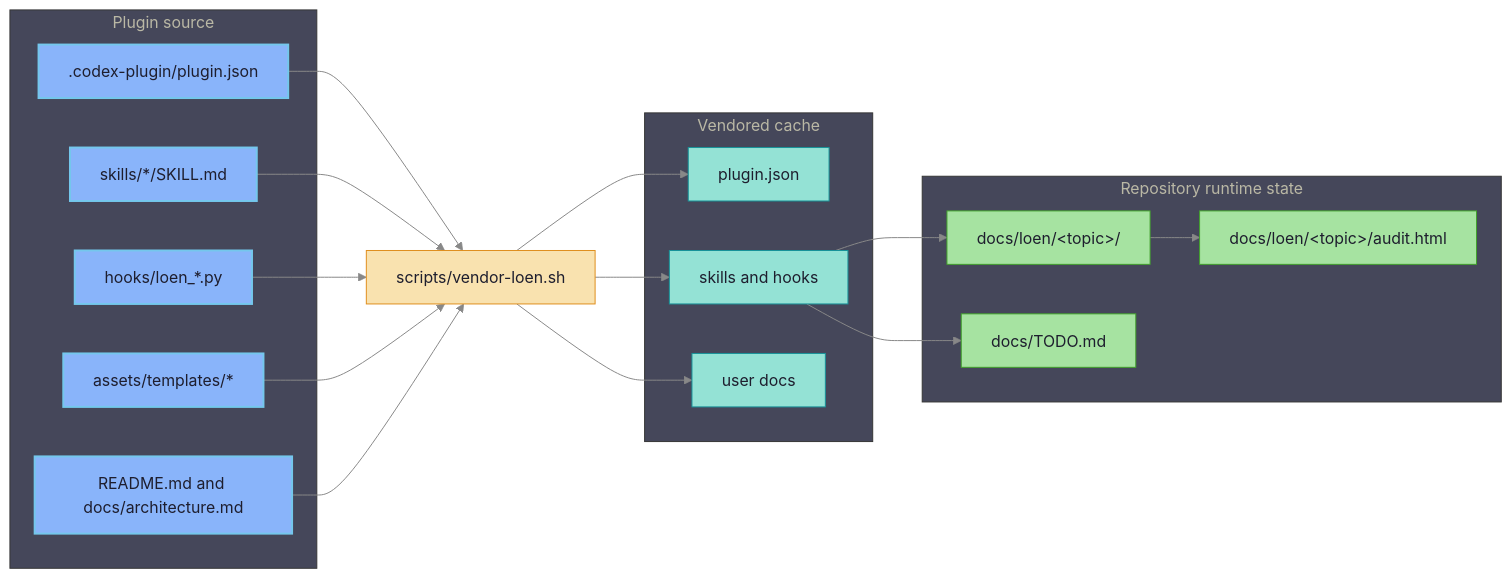
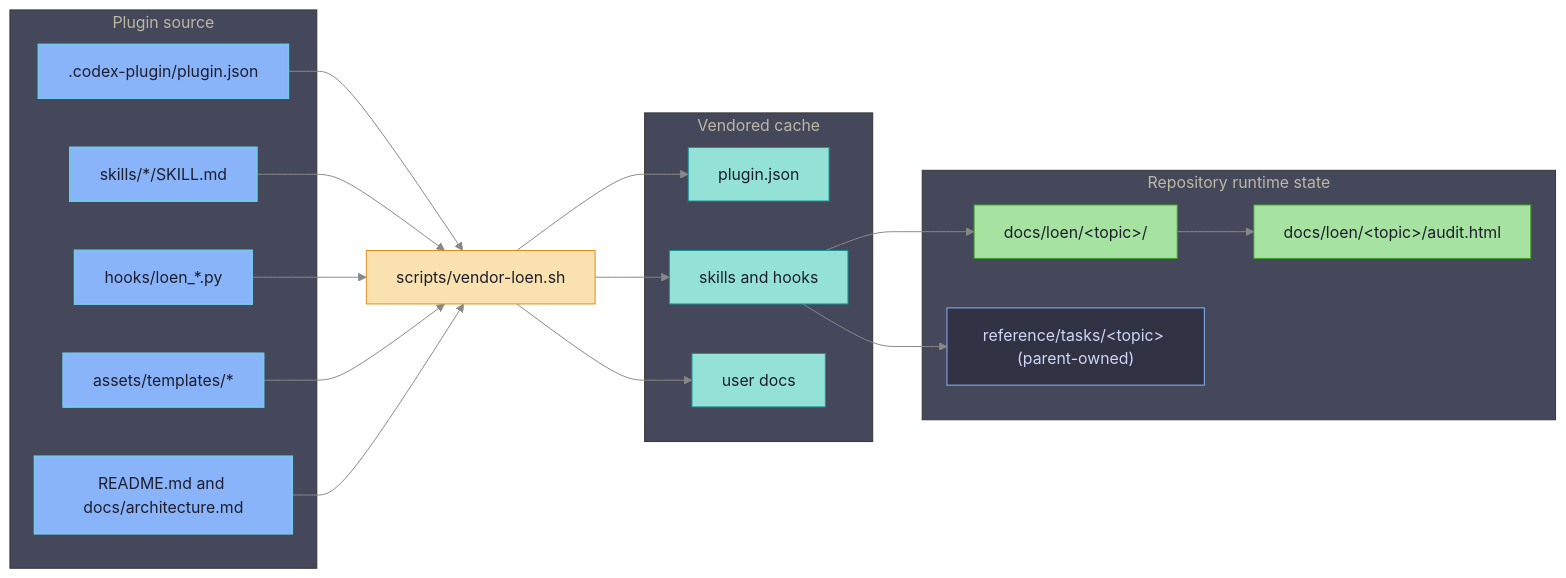
Before and after one commit to ikeniborn/icodex: the first of 3 diagrams in plugins/loen/docs/architecture.md, drawn with Mermaid. The commit also changed other lines of this file and 8 other files, not shown here.

````diff
--- a/plugins/loen/docs/architecture.md
+++ b/plugins/loen/docs/architecture.md
@@ -8,46 +8,46 @@
 ```mermaid
 %%{init: {'theme': 'base', 'themeVariables': {'background': '#1e1e2e', 'primaryColor': '#313244', 'primaryTextColor': '#cdd6f4', 'primaryBorderColor': '#89b4fa', 'lineColor': '#888888', 'secondaryColor': '#181825', 'tertiaryColor': '#45475a'}}}%%
 flowchart LR
     subgraph src["Plugin source"]
         Manifest[".codex-plugin/plugin.json"]
         Skills["skills/*/SKILL.md"]
         Hooks["hooks/loen_*.py"]
         Templates["assets/templates/*"]
         Docs["README.md and docs/architecture.md"]
     end
 
     Vendor["scripts/vendor-loen.sh"]
 
     subgraph cache["Vendored cache"]
         CacheManifest["plugin.json"]
         CacheSkills["skills and hooks"]
         CacheDocs["user docs"]
     end
 
     subgraph runtime["Repository runtime state"]
         Topic["docs/loen/&lt;topic&gt;/"]
         TopicAudit["docs/loen/&lt;topic&gt;/audit.html"]
-        Todo["docs/TODO.md"]
+        SharedTask["reference/tasks/&lt;topic&gt; (parent-owned)"]
     end
 
     Manifest --> Vendor
     Skills --> Vendor
     Hooks --> Vendor
     Templates --> Vendor
     Docs --> Vendor
     Vendor --> CacheManifest
     Vendor --> CacheSkills
     Vendor --> CacheDocs
     CacheSkills --> Topic
     Topic --> TopicAudit
-    CacheSkills --> Todo
+    CacheSkills --> SharedTask
 
     classDef source fill:#89b4fa,color:#1e1e2e,stroke:#74c7ec,stroke-width:2px
     classDef process fill:#f9e2af,color:#1e1e2e,stroke:#df8e1d
     classDef cache fill:#94e2d5,color:#1e1e2e,stroke:#179299
     classDef runtime fill:#a6e3a1,color:#1e1e2e,stroke:#40a02b
     class Manifest,Skills,Hooks,Templates,Docs source
     class Vendor process
     class CacheManifest,CacheSkills,CacheDocs cache
     class Topic,TopicAudit,Todo runtime
 ```
````
